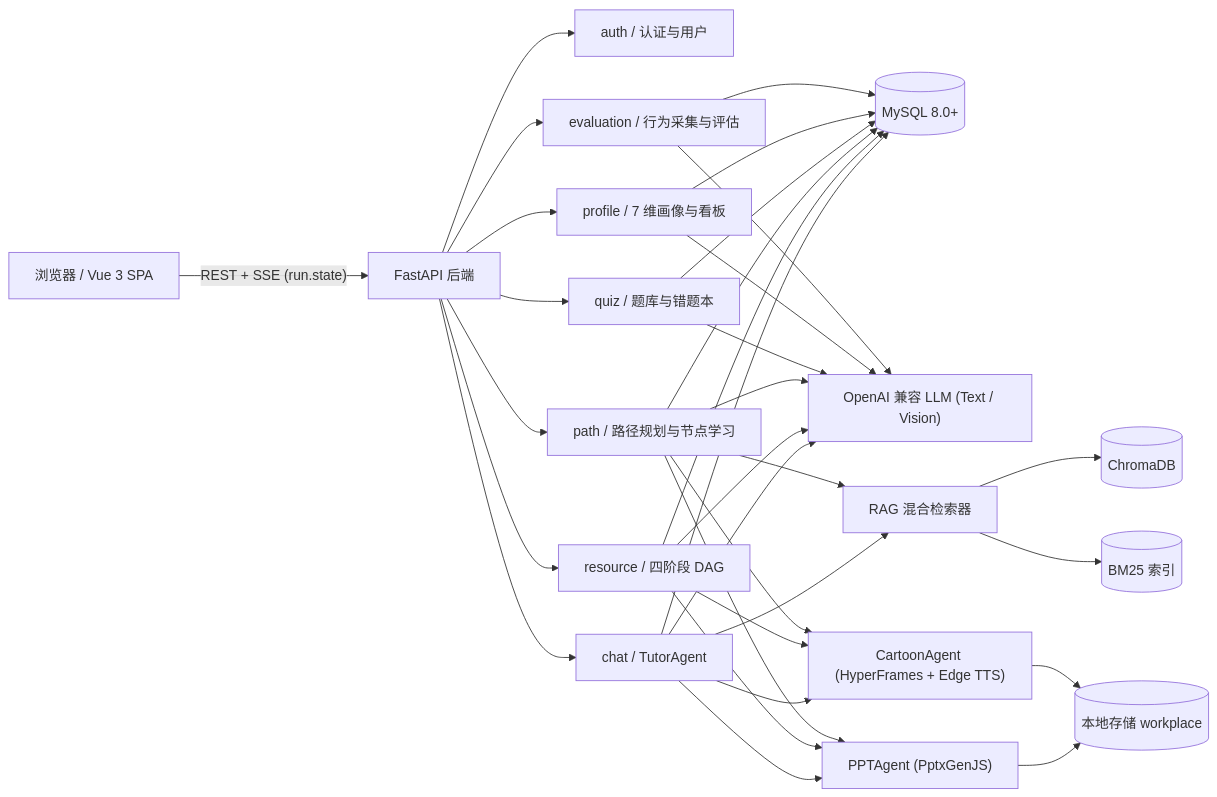
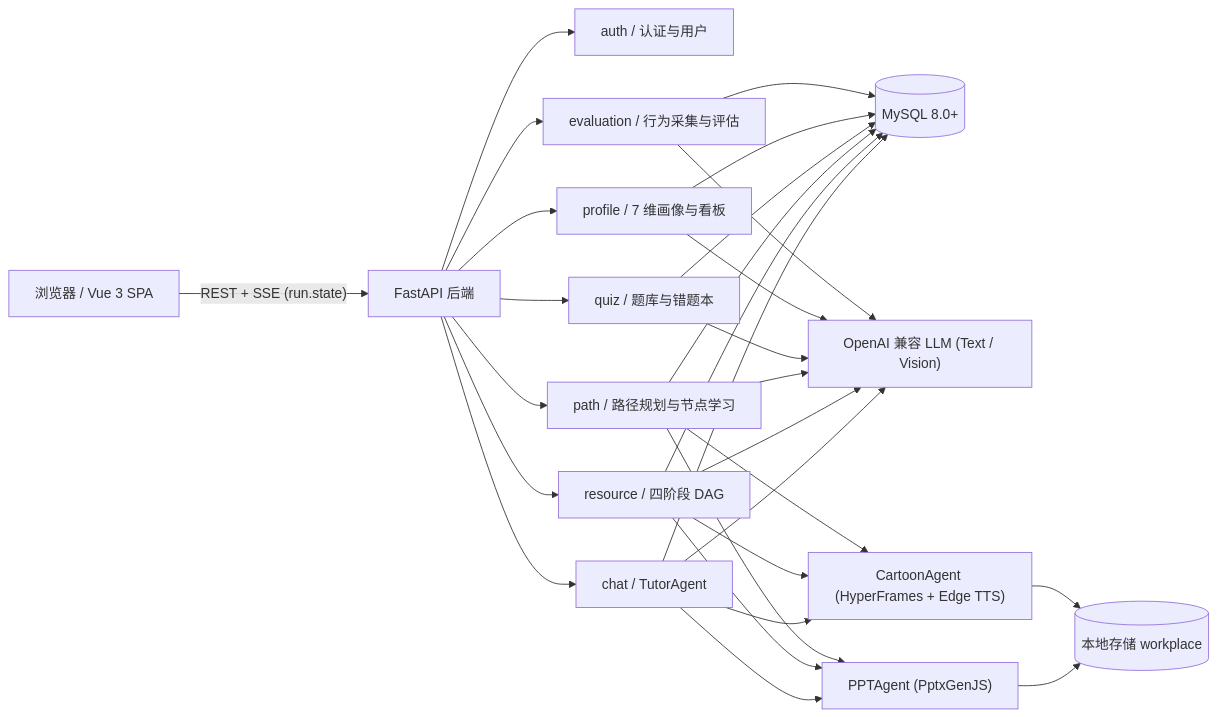
Before and after one commit to coustea/AI-Agent: the diagram in README.md, drawn with Mermaid. The commit also changed other lines of this file and 2265 other files, not shown here.

````diff
--- a/README.md
+++ b/README.md
@@ -43,40 +42,35 @@
 ```mermaid
 flowchart LR
     U["浏览器 / Vue 3 SPA"] -->|"REST + SSE (run.state)"| API["FastAPI 后端"]
 
     API --> AUTH["auth / 认证与用户"]
     API --> CHAT["chat / TutorAgent"]
     API --> RES["resource / 四阶段 DAG"]
     API --> PATH["path / 路径规划与节点学习"]
     API --> QUIZ["quiz / 题库与错题本"]
     API --> PROFILE["profile / 7 维画像与看板"]
     API --> EVAL["evaluation / 行为采集与评估"]
 
     CHAT --> DB[("MySQL 8.0+")]
     RES --> DB
     PATH --> DB
     QUIZ --> DB
     PROFILE --> DB
     EVAL --> DB
 
     CHAT --> LLM["OpenAI 兼容 LLM (Text / Vision)"]
     RES --> LLM
     PATH --> LLM
     QUIZ --> LLM
     PROFILE --> LLM
     EVAL --> LLM
 
-    CHAT --> RAG["RAG 混合检索器"]
-    PATH --> RAG
-    RAG --> VEC[("ChromaDB")]
-    RAG --> BM25[("BM25 索引")]
-
     CHAT --> PPT["PPTAgent (PptxGenJS)"]
     CHAT --> VIDEO["CartoonAgent (HyperFrames + Edge TTS)"]
     RES --> PPT
     RES --> VIDEO
     PATH --> PPT
     PATH --> VIDEO
     PPT --> FS[("本地存储 workplace")]
     VIDEO --> FS
 ```
````
